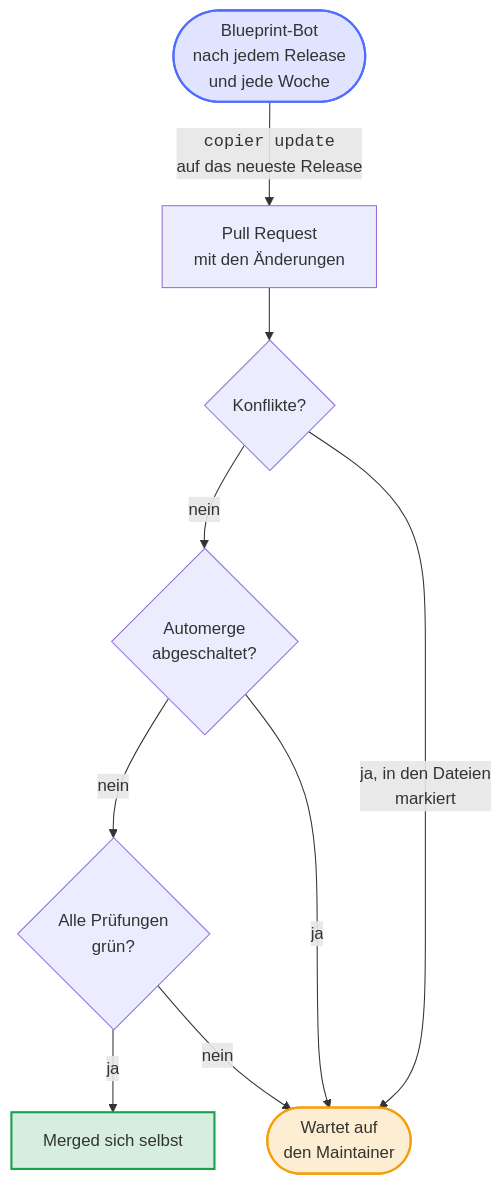
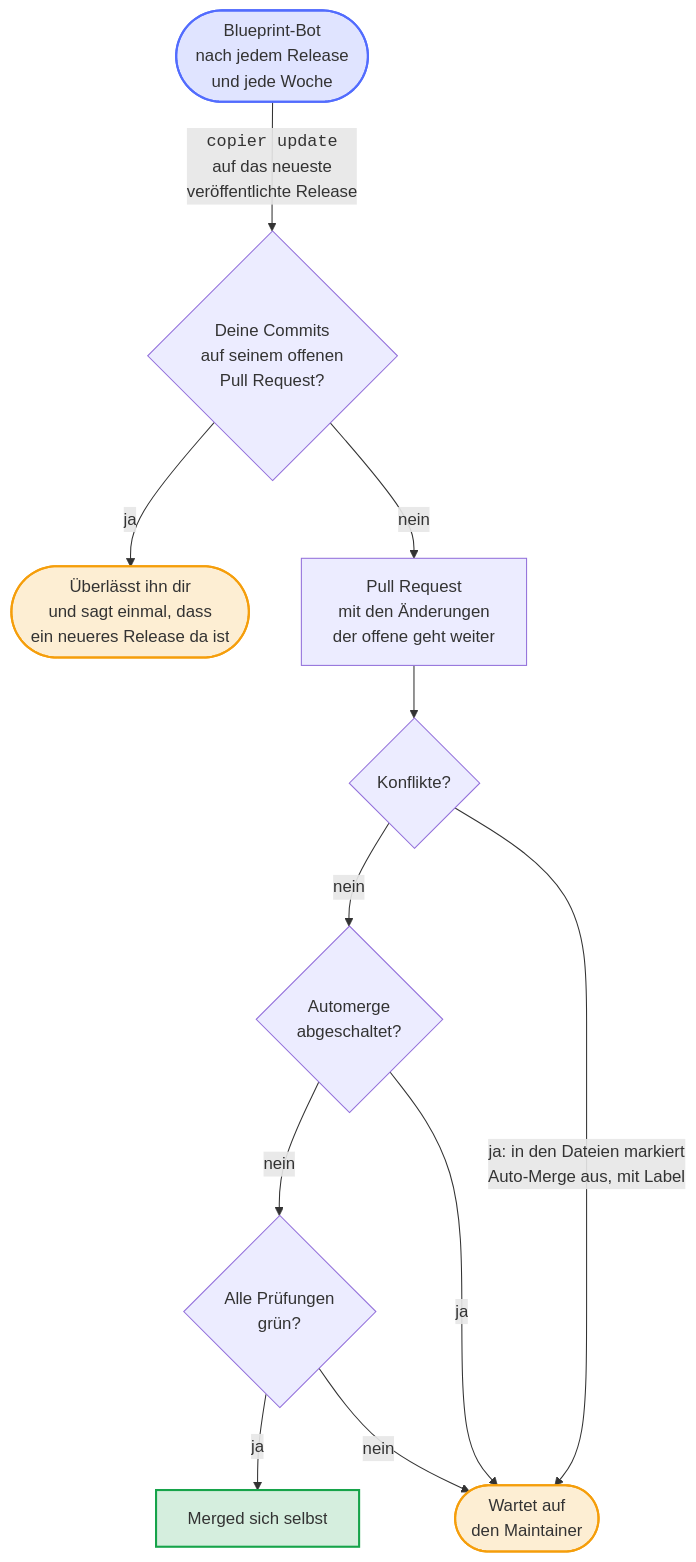
One commit to Dennis-Otto/repo-blueprint changed the fourth of 6 diagrams in README.de.md. Above: the diagram before and after it, drawn with Mermaid. The commit also changed other lines of this file and 15 other files, not shown here.

````diff
--- a/README.de.md
+++ b/README.de.md
@@ -214,33 +214,37 @@
 ```mermaid
 ---
 config:
   flowchart:
     wrappingWidth: 400
 ---
 flowchart TB
     accTitle: Wie ein Update des Blueprints ankommt
-    accDescr: Gleich nach jedem Release des Blueprints, und jede Woche, führt der Blueprint-Bot copier update auf das neueste Release aus und öffnet einen Pull Request. Mit Konflikten, oder mit BLUEPRINT_AUTOMERGE auf off, wartet er auf den Maintainer; sonst merged er sich selbst, sobald alle Prüfungen grün sind.
+    accDescr: Gleich nach jedem Release des Blueprints, und jede Woche, führt der Blueprint-Bot copier update auf das neueste veröffentlichte Release aus. Ist sein Pull Request noch offen und hast du auf seinen Branch committet, überlässt der Bot dir den Branch und sagt einmal, dass ein neueres Release erschienen ist. Sonst öffnet er den Pull Request oder bringt den offenen auf das neue Release. Mit Konflikten, die Auto-Merge abschalten, oder mit BLUEPRINT_AUTOMERGE auf off, wartet er auf den Maintainer; sonst merged er sich selbst, sobald alle Prüfungen grün sind.
 
     bot(["Blueprint-Bot<br>nach jedem Release<br>und jede Woche"])
-    pr["Pull Request<br>mit den Änderungen"]
+    yours{"Deine Commits<br>auf seinem offenen<br>Pull Request?"}
+    note(["Überlässt ihn dir<br>und sagt einmal, dass<br>ein neueres Release da ist"])
+    pr["Pull Request<br>mit den Änderungen<br>der offene geht weiter"]
     conflicts{"Konflikte?"}
     off{"Automerge<br>abgeschaltet?"}
     checks{"Alle Prüfungen<br>grün?"}
     merged["Merged sich selbst"]
     wait(["Wartet auf<br>den Maintainer"])
 
-    bot -- "<code>copier update</code><br>auf das neueste Release" --> pr --> conflicts
+    bot -- "<code>copier update</code><br>auf das neueste<br>veröffentlichte Release" --> yours
+    yours -- "ja" --> note
+    yours -- "nein" --> pr --> conflicts
     conflicts -- "nein" --> off
     off -- "nein" --> checks
     checks -- "ja" --> merged
-    conflicts -- "ja, in den Dateien<br>markiert" --> wait
+    conflicts -- "ja: in den Dateien markiert<br>Auto-Merge aus, mit Label" --> wait
     off -- "ja" --> wait
     checks -- "nein" --> wait
 
     classDef bot fill:#526cfe2e,stroke:#526cfe,stroke-width:2px
     classDef person fill:#f59e0b2e,stroke:#f59e0b,stroke-width:2px
     classDef done fill:#16a34a2e,stroke:#16a34a,stroke-width:2px
     class bot bot
-    class wait person
+    class wait,note person
     class merged done
 ```
````
